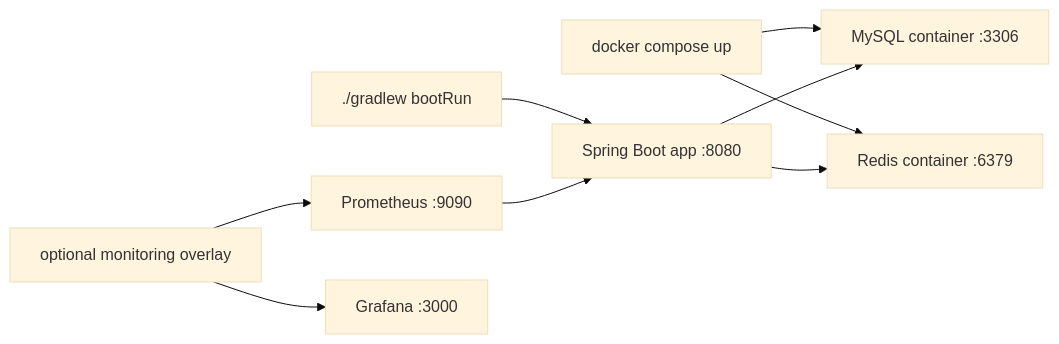
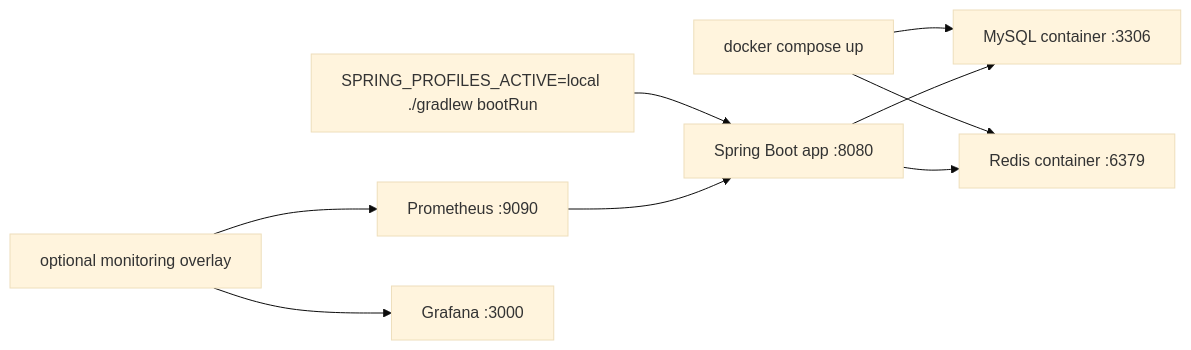
The diagram in blog/03-docker-mysql-redis-dev-environment.md (answndud/Kindergarten_ERP), drawn with Mermaid (base theme) before and after one commit. The commit also changed other lines of this file and 38 other files, not shown here.

````diff
--- a/blog/03-docker-mysql-redis-dev-environment.md
+++ b/blog/03-docker-mysql-redis-dev-environment.md
@@ -453,11 +452,11 @@
 ```mermaid
 flowchart LR
     A["docker compose up"] --> B["MySQL container :3306"]
     A --> C["Redis container :6379"]
-    D["./gradlew bootRun"] --> E["Spring Boot app :8080"]
+    D["SPRING_PROFILES_ACTIVE=local ./gradlew bootRun"] --> E["Spring Boot app :8080"]
     E --> B
     E --> C
     F["optional monitoring overlay"] --> G["Prometheus :9090"]
     F --> H["Grafana :3000"]
     G --> E
 ```
````
